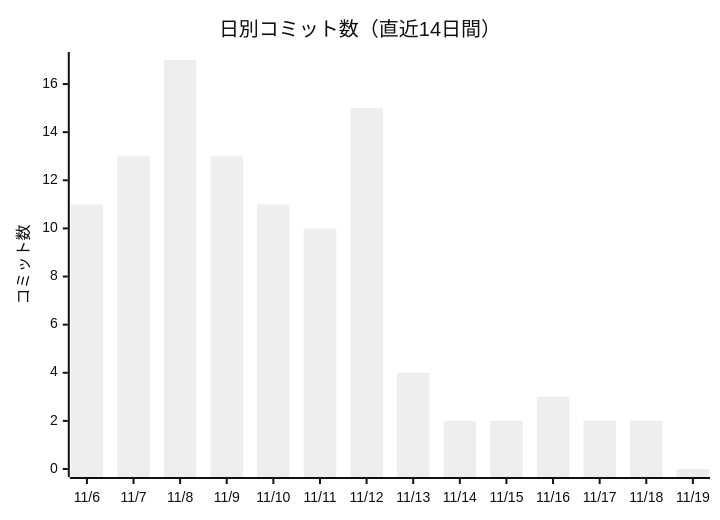
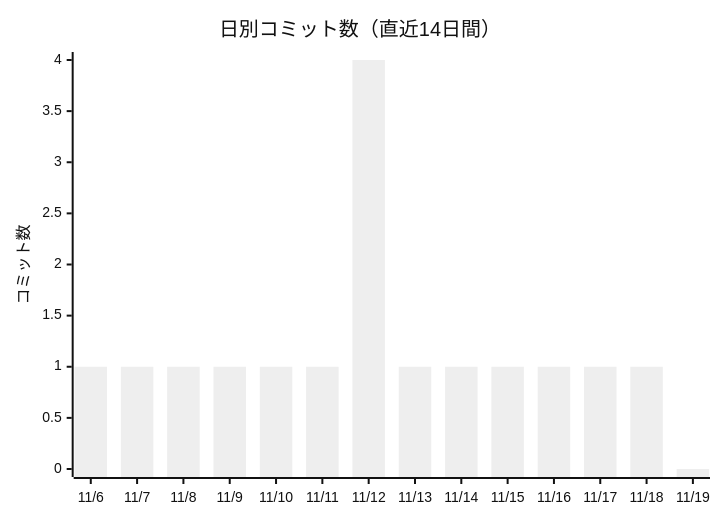
One commit to non-x2/non-x2 changed the first of 2 diagrams in docs/進化レポート.md. Above: the diagram before and after it, drawn with Mermaid (neutral theme). The commit also changed other lines of this file and 1 other file, not shown here.

````diff
--- a/docs/進化レポート.md
+++ b/docs/進化レポート.md
@@ -25,7 +25,7 @@
 ```mermaid
 xychart-beta
     title "日別コミット数（直近14日間）"
     x-axis ["11/6", "11/7", "11/8", "11/9", "11/10", "11/11", "11/12", "11/13", "11/14", "11/15", "11/16", "11/17", "11/18", "11/19"]
     y-axis "コミット数"
-    bar [11, 13, 17, 13, 11, 10, 15, 4, 2, 2, 3, 2, 2, 0]
+    bar [1, 1, 1, 1, 1, 1, 4, 1, 1, 1, 1, 1, 1, 0]
 ```
````
